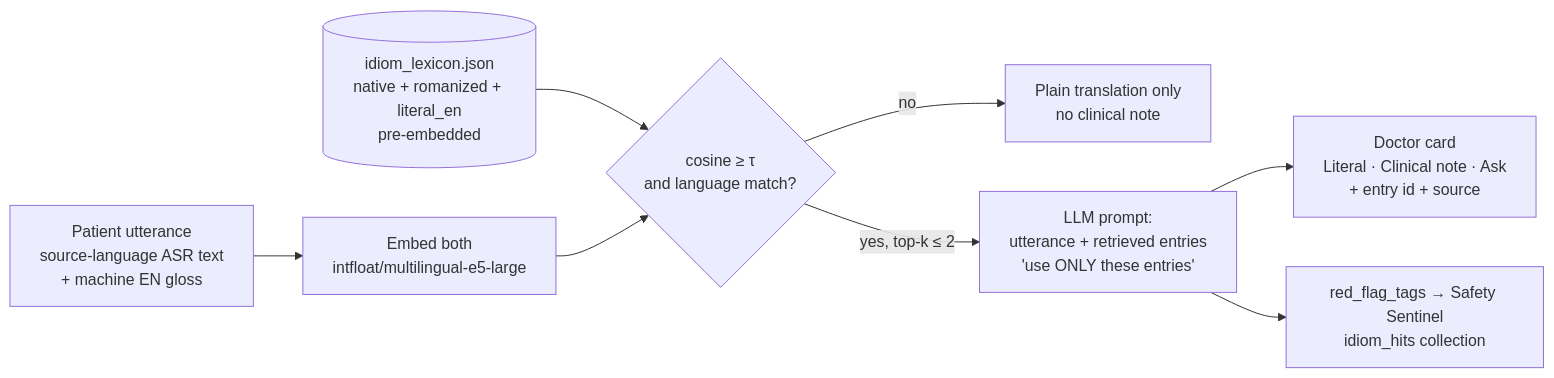
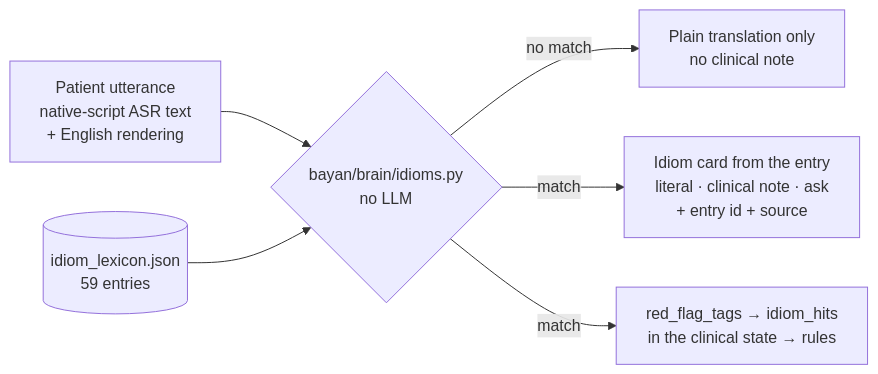
One commit to diyorbekibragimov/BayanAI changed the first of 2 diagrams in docs/05-clinical-safety-and-cultural-intelligence.md. Above: the diagram before and after it, drawn with Mermaid. The commit also changed other lines of this file and 91 other files, not shown here.

````diff
--- a/docs/05-clinical-safety-and-cultural-intelligence.md
+++ b/docs/05-clinical-safety-and-cultural-intelligence.md
@@ -63,10 +91,8 @@
 ```mermaid
 flowchart LR
-  A[Patient utterance<br/>source-language ASR text<br/>+ machine EN gloss] --> B[Embed both<br/>intfloat/multilingual-e5-large]
-  L[(idiom_lexicon.json<br/>native + romanized + literal_en<br/>pre-embedded)] --> C
-  B --> C{cosine ≥ τ<br/>and language match?}
-  C -- no --> D[Plain translation only<br/>no clinical note]
-  C -- yes, top-k ≤ 2 --> E[LLM prompt:<br/>utterance + retrieved entries<br/>'use ONLY these entries']
-  E --> F["Doctor card<br/>Literal · Clinical note · Ask<br/>+ entry id + source"]
-  E --> G[red_flag_tags → Safety Sentinel<br/>idiom_hits collection]
+  A[Patient utterance<br/>native-script ASR text<br/>+ English rendering] --> M{bayan/brain/idioms.py<br/>no LLM}
+  L[(idiom_lexicon.json<br/>59 entries)] --> M
+  M -- no match --> D[Plain translation only<br/>no clinical note]
+  M -- match --> F["Idiom card from the entry<br/>literal · clinical note · ask<br/>+ entry id + source"]
+  M -- match --> G[red_flag_tags → idiom_hits<br/>in the clinical state → rules]
 ```
````
